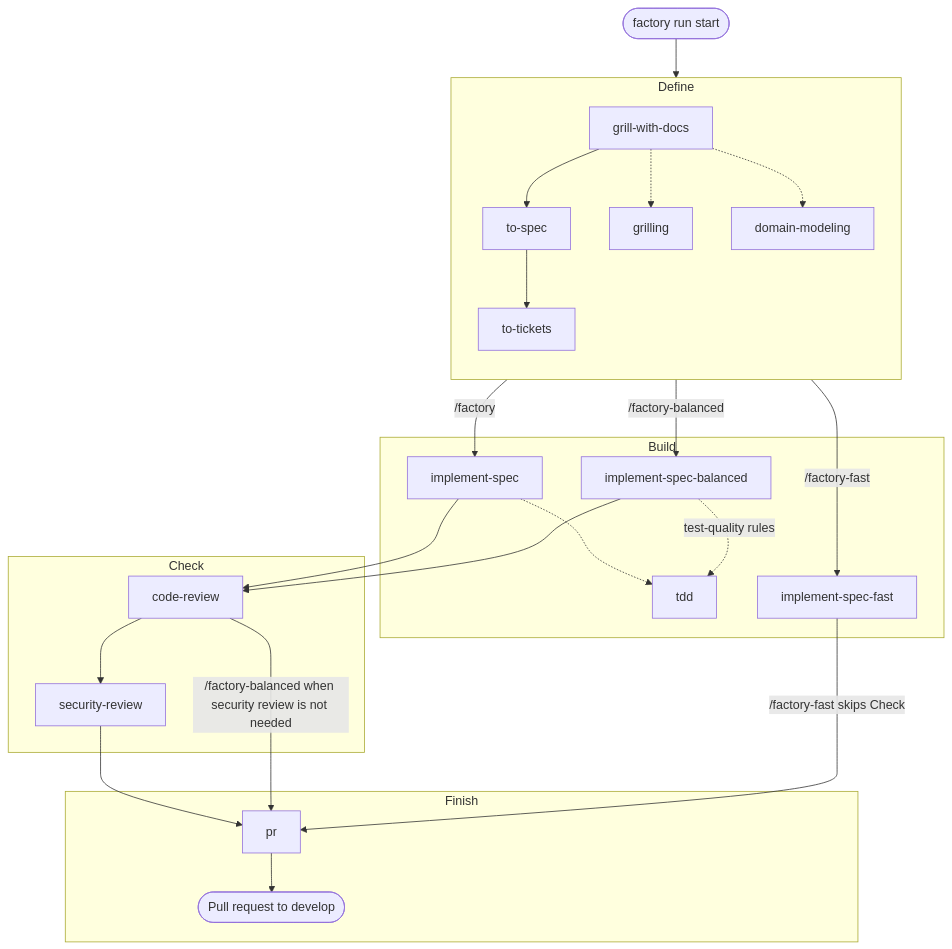
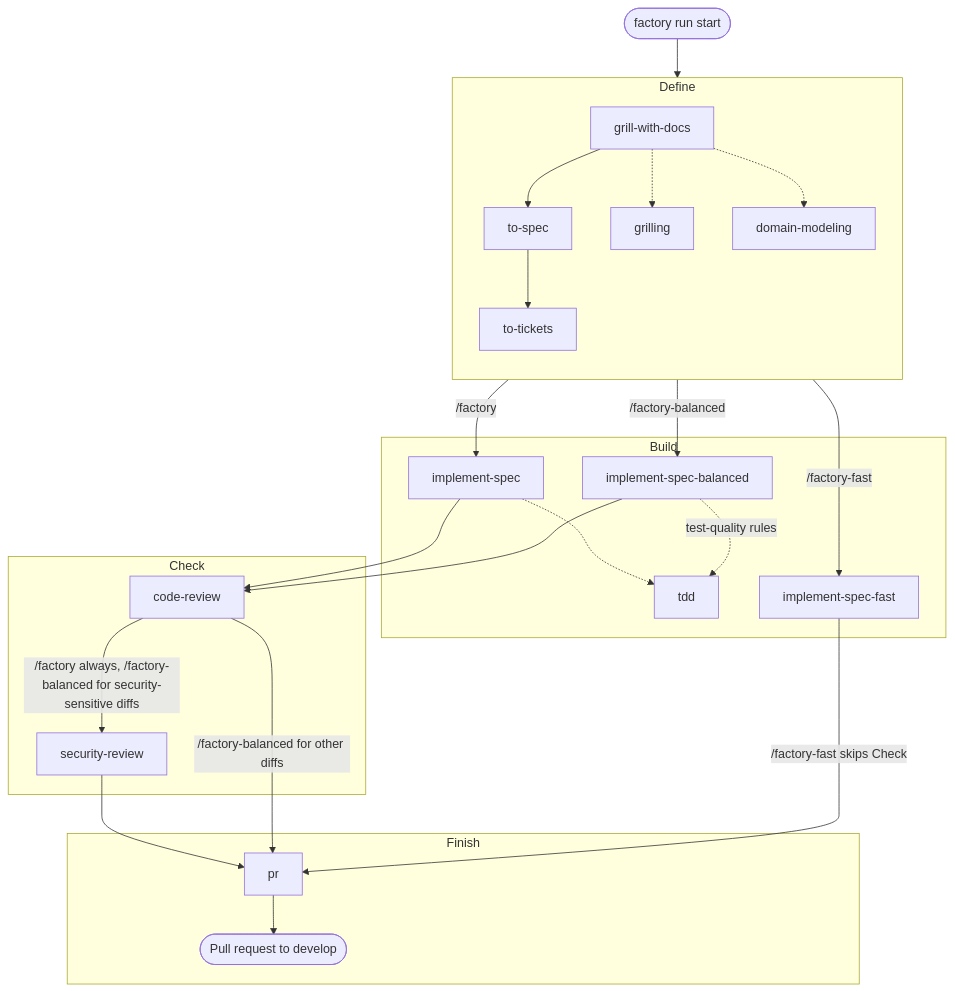
One commit to TDSchreur/jidoka changed the diagram in README.md. Above: the diagram before and after it, drawn with Mermaid. The commit also changed other lines of this file and 3 other files, not shown here.

Commit message:
Address review findings for factory-balanced docs and licenses

````diff
--- a/README.md
+++ b/README.md
@@ -99,34 +99,34 @@
 ```mermaid
 flowchart TB
     start([factory run start]) --> define
 
     subgraph define [Define]
         direction TB
         grill[grill-with-docs] --> spec[to-spec] --> tickets[to-tickets]
         grill -.-> grilling[grilling]
         grill -.-> domain[domain-modeling]
     end
 
     subgraph build [Build]
         impl[implement-spec] -.-> tdd[tdd]
         implbal[implement-spec-balanced] -.->|test-quality rules| tdd
         implfast[implement-spec-fast]
     end
 
     subgraph check [Check]
-        review[code-review] --> security[security-review]
+        review[code-review] -->|/factory always, /factory-balanced for security-sensitive diffs| security[security-review]
     end
 
     subgraph finish [Finish]
         pr[pr] --> pull([Pull request to develop])
     end
 
     define -->|/factory| impl
     define -->|/factory-balanced| implbal
     define -->|/factory-fast| implfast
     impl --> review
     implbal --> review
     security --> pr
-    review -->|/factory-balanced when security review is not needed| pr
+    review -->|/factory-balanced for other diffs| pr
     implfast -->|/factory-fast skips Check| pr
 ```
````
